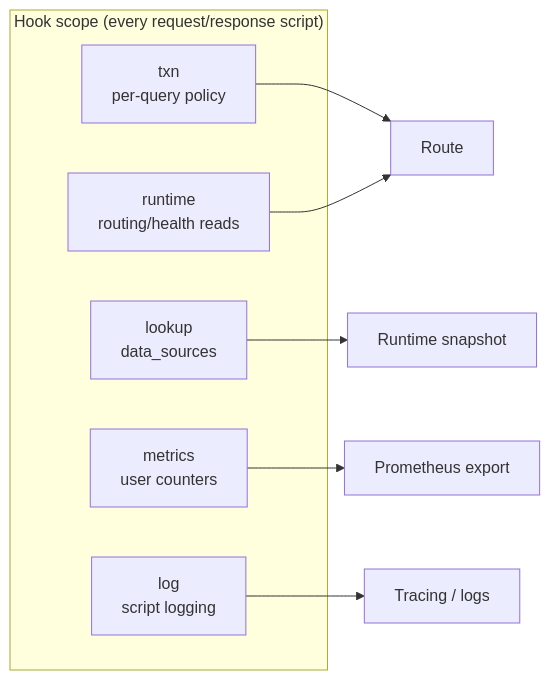
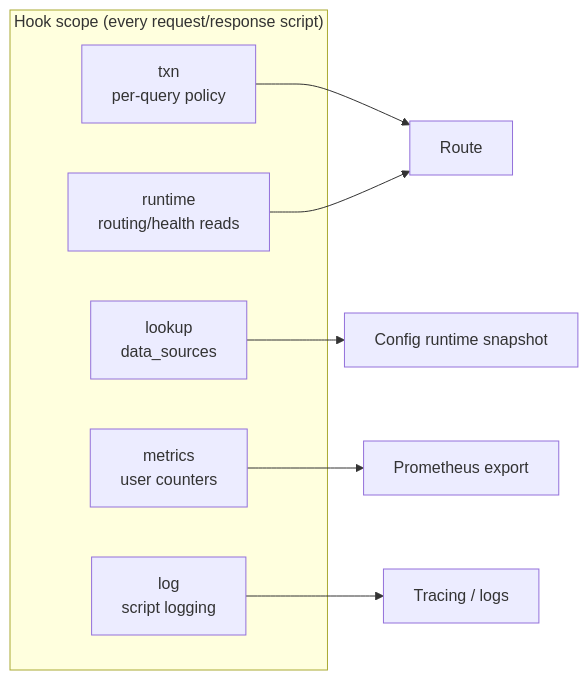
One commit to egon1024/DNSConduit changed the diagram in operator-docs/docs/rhai/host-api.md. Above: the diagram before and after it, drawn with Mermaid. The commit also changed other lines of this file and 50 other files, not shown here.

````diff
--- a/operator-docs/docs/rhai/host-api.md
+++ b/operator-docs/docs/rhai/host-api.md
@@ -36,15 +36,15 @@
 ```mermaid
 flowchart LR
   subgraph hook_scope["Hook scope (every request/response script)"]
     txn["txn\nper-query policy"]
     runtime["runtime\nrouting/health reads"]
     lookup["lookup\ndata_sources"]
     metrics["metrics\nuser counters"]
     log["log\nscript logging"]
   end
   txn --> Route
   runtime --> Route
-  lookup --> snapshot["Runtime snapshot"]
+  lookup --> snapshot["Config runtime snapshot"]
   metrics --> prom["Prometheus export"]
   log --> tracing["Tracing / logs"]
 ```
````
